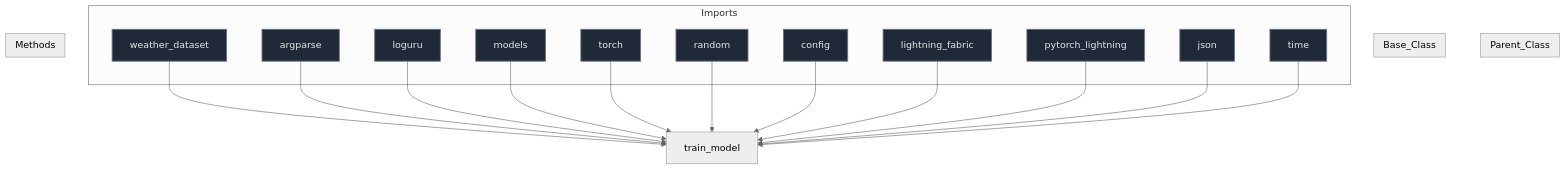
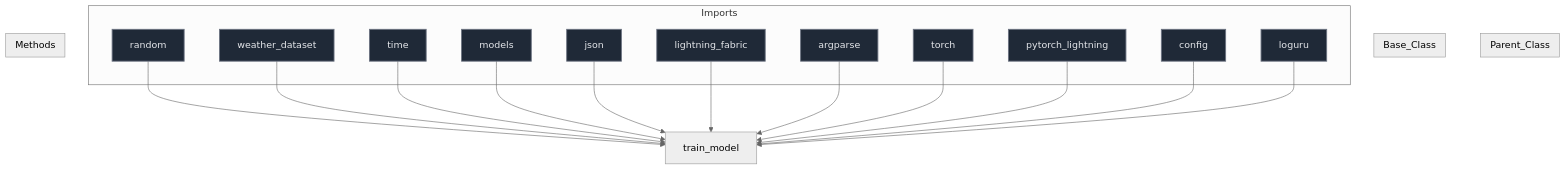
Before and after one commit to mllam/neural-lam: the diagram in docs/diagrams/train_model_diagram.md, drawn with Mermaid (neutral theme). The commit also changed 18 other files, not shown here.

Commit message:
Auto-update Mermaid diagrams

````diff
--- a/docs/diagrams/train_model_diagram.md
+++ b/docs/diagrams/train_model_diagram.md
@@ -1,51 +1,51 @@
 ```mermaid
 %%{init: {'flowchart': {'nodeSpacing': 60, 'rankSpacing': 80}}}%%
 flowchart TD
 
 module["train_model"]
 
 subgraph Parent_Class
 end
 
 subgraph Base_Class
 end
 
 
 subgraph Imports
+    random["random"]
     weather_dataset["weather_dataset"]
+    time["time"]
+    models["models"]
+    json["json"]
+    lightning_fabric["lightning_fabric"]
     argparse["argparse"]
+    torch["torch"]
+    pytorch_lightning["pytorch_lightning"]
+    config["config"]
     loguru["loguru"]
-    models["models"]
-    torch["torch"]
-    random["random"]
-    config["config"]
-    lightning_fabric["lightning_fabric"]
-    pytorch_lightning["pytorch_lightning"]
-    json["json"]
-    time["time"]
 end
 
+    random --> module
     weather_dataset --> module
+    time --> module
+    models --> module
+    json --> module
+    lightning_fabric --> module
     argparse --> module
+    torch --> module
+    pytorch_lightning --> module
+    config --> module
     loguru --> module
-    models --> module
-    torch --> module
-    random --> module
-    config --> module
-    lightning_fabric --> module
-    pytorch_lightning --> module
-    json --> module
-    time --> module
 
 subgraph Methods
 end
 
 
 classDef parent fill:#0f172a,stroke:#3b82f6,stroke-width:2px,color:#f1f5f9,font-size:16px
 classDef base fill:#78350f,stroke:#f59e0b,stroke-width:1px,color:#fde68a,font-size:16px
 classDef import fill:#1f2937,stroke:#6b7280,stroke-width:1.5px,color:#e5e7eb,font-size:16px
 classDef method fill:#2d043f,stroke:#7c3aed,stroke-width:1.5px,color:#ede9fe,font-size:16px
 classDef callNode fill:#064e3b,stroke:#10b981,stroke-width:1.5px,color:#d1fae5,font-size:16px
-class weather_dataset,argparse,loguru,models,torch,random,config,lightning_fabric,pytorch_lightning,json,time import
+class random,weather_dataset,time,models,json,lightning_fabric,argparse,torch,pytorch_lightning,config,loguru import
 
 ```
````
